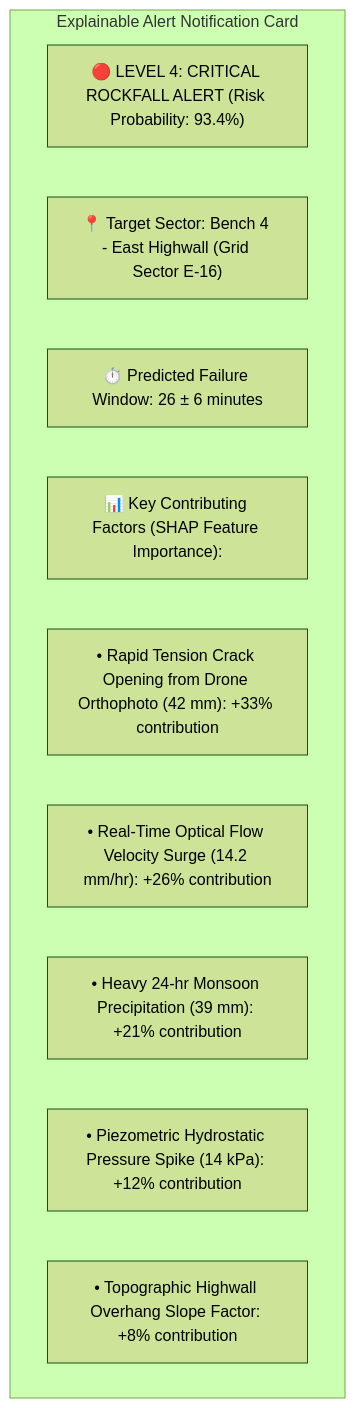
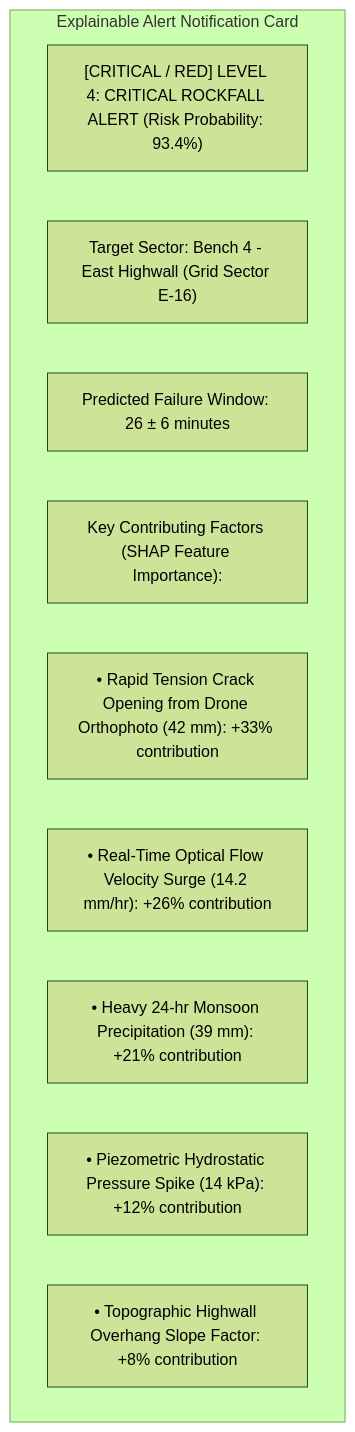
Before and after one commit to angelverman2021-a11y/Report: diagram 12 of 14 in docs/07_Drone_UAV_Photogrammetry.md, drawn with Mermaid (forest theme). The commit also changed other lines of this file and 32 other files, not shown here.

````diff
--- a/docs/07_Drone_UAV_Photogrammetry.md
+++ b/docs/07_Drone_UAV_Photogrammetry.md
@@ -413,14 +413,14 @@
 ```mermaid
 graph TD
-    subgraph Explainable Alert Notification Card
-        A["🔴 LEVEL 4: CRITICAL ROCKFALL ALERT (Risk Probability: 93.4%)"]
-        B["📍 Target Sector: Bench 4 - East Highwall (Grid Sector E-16)"]
-        C["⏱️ Predicted Failure Window: 26 ± 6 minutes"]
-        D["📊 Key Contributing Factors (SHAP Feature Importance):"]
-        D1["• Rapid Tension Crack Opening from Drone Orthophoto (42 mm): +33% contribution"]
-        D2["• Real-Time Optical Flow Velocity Surge (14.2 mm/hr): +26% contribution"]
-        D3["• Heavy 24-hr Monsoon Precipitation (39 mm): +21% contribution"]
-        D4["• Piezometric Hydrostatic Pressure Spike (14 kPa): +12% contribution"]
-        D5["• Topographic Highwall Overhang Slope Factor: +8% contribution"]
-    end
+ subgraph Explainable Alert Notification Card
+ A["[CRITICAL / RED] LEVEL 4: CRITICAL ROCKFALL ALERT (Risk Probability: 93.4%)"]
+ B[" Target Sector: Bench 4 - East Highwall (Grid Sector E-16)"]
+ C[" Predicted Failure Window: 26 ± 6 minutes"]
+ D[" Key Contributing Factors (SHAP Feature Importance):"]
+ D1["• Rapid Tension Crack Opening from Drone Orthophoto (42 mm): +33% contribution"]
+ D2["• Real-Time Optical Flow Velocity Surge (14.2 mm/hr): +26% contribution"]
+ D3["• Heavy 24-hr Monsoon Precipitation (39 mm): +21% contribution"]
+ D4["• Piezometric Hydrostatic Pressure Spike (14 kPa): +12% contribution"]
+ D5["• Topographic Highwall Overhang Slope Factor: +8% contribution"]
+ end
 ```
````
